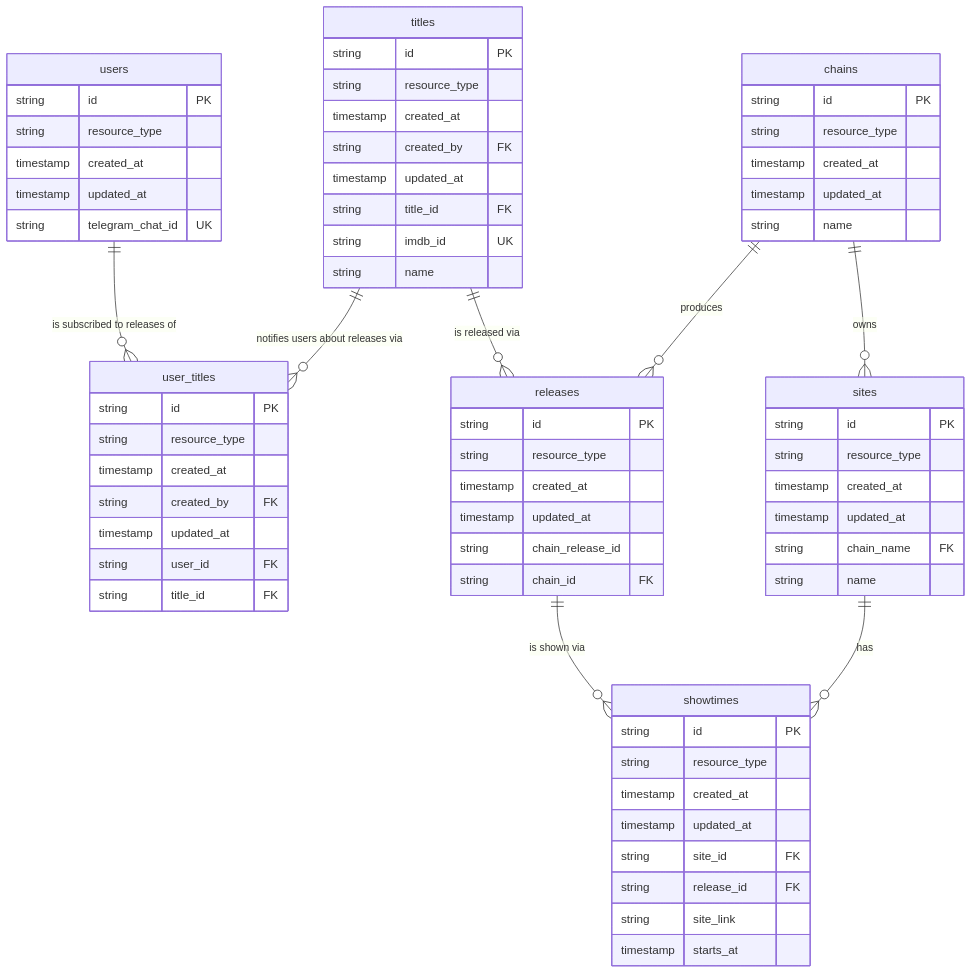
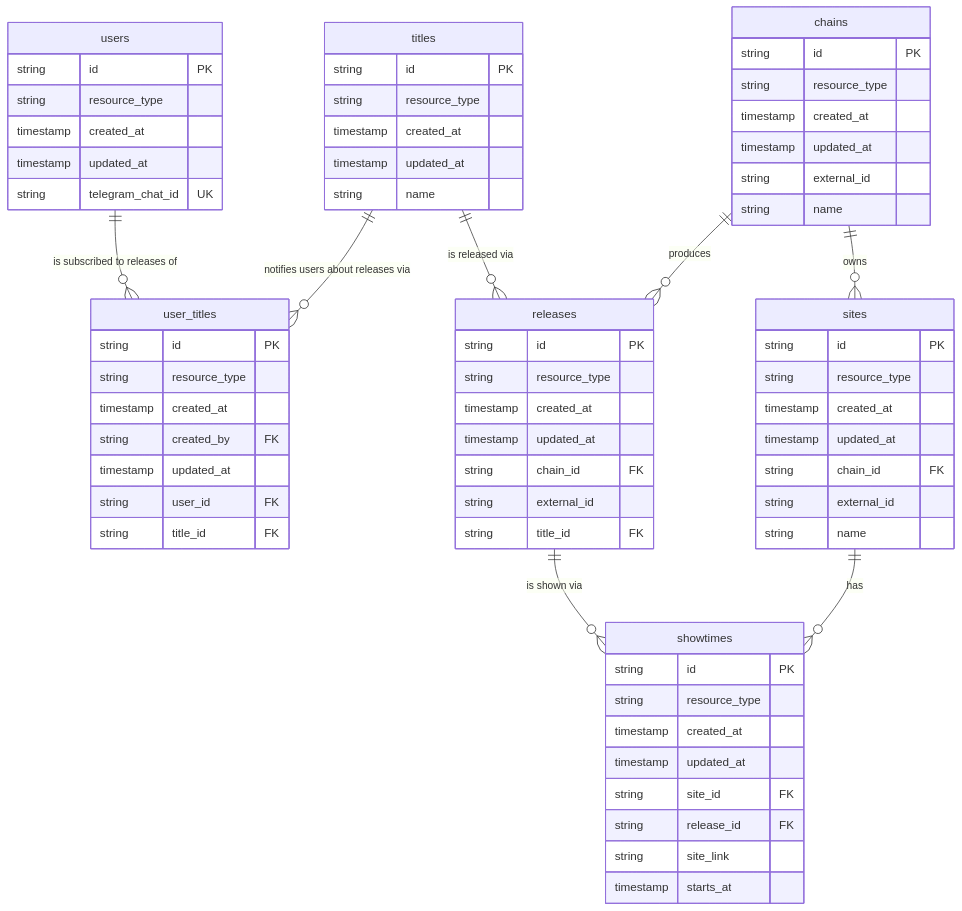
One commit to vorant94/the-repo changed the diagram in apps/sofash/docs/erd.mmd. Above: the diagram before and after it, drawn with Mermaid. The commit also changed 20 other files, not shown here.

Commit message:
remove enums from db schema, add release and titles

```diff
--- a/apps/sofash/docs/erd.mmd
+++ b/apps/sofash/docs/erd.mmd
@@ -1,87 +1,87 @@
 erDiagram
 	users {
 		string		id PK
 		string		resource_type
 		timestamp	created_at
 		timestamp	updated_at
 
 		string 		telegram_chat_id UK
 	}
 
 	user_titles {
 		string 		id PK
 		string		resource_type
 		timestamp	created_at
 		string		created_by FK
 		timestamp	updated_at
 
 		string 		user_id FK
 		string 		title_id FK
 	}
 
 	chains {
 		string		id PK
 		string		resource_type
 		timestamp	created_at
 		timestamp	updated_at
 
+    string    external_id
+
 		string		name
 	}
 
 	sites {
 		string		id PK
 		string		resource_type
 		timestamp	created_at
 		timestamp	updated_at
 
-		string		chain_name FK
+		string		chain_id FK
+    string    external_id
 
 		string		name
 	}
 
 	releases {
 		string		id PK
 		string		resource_type
 		timestamp	created_at
 		timestamp	updated_at
 
-		string		chain_release_id
-		string		chain_id FK
+    string		chain_id FK
+    string		external_id
+    string    title_id FK
 	}
 
 	showtimes {
 		string		id PK
 		string		resource_type
 		timestamp	created_at
 		timestamp	updated_at
 
 		string		site_id FK
 		string		release_id FK
 
 		string		site_link
 		timestamp	starts_at
 	}
 
 	titles {
 		string		id PK
 		string		resource_type
 		timestamp	created_at
-		string		created_by FK
 		timestamp	updated_at
-
-		string		title_id FK
-		string		imdb_id UK
 
 		string		name
 	}
 
 	titles ||--o{ releases : "is released via"
 
 	users ||--o{ user_titles : "is subscribed to releases of"
 	titles ||--o{ user_titles : "notifies users about releases via"
 
 	chains ||--o{ sites : "owns"
 	chains ||--o{ releases : "produces"
 
 	sites ||--o{ showtimes : "has"
 	releases ||--o{ showtimes : "is shown via"
```
